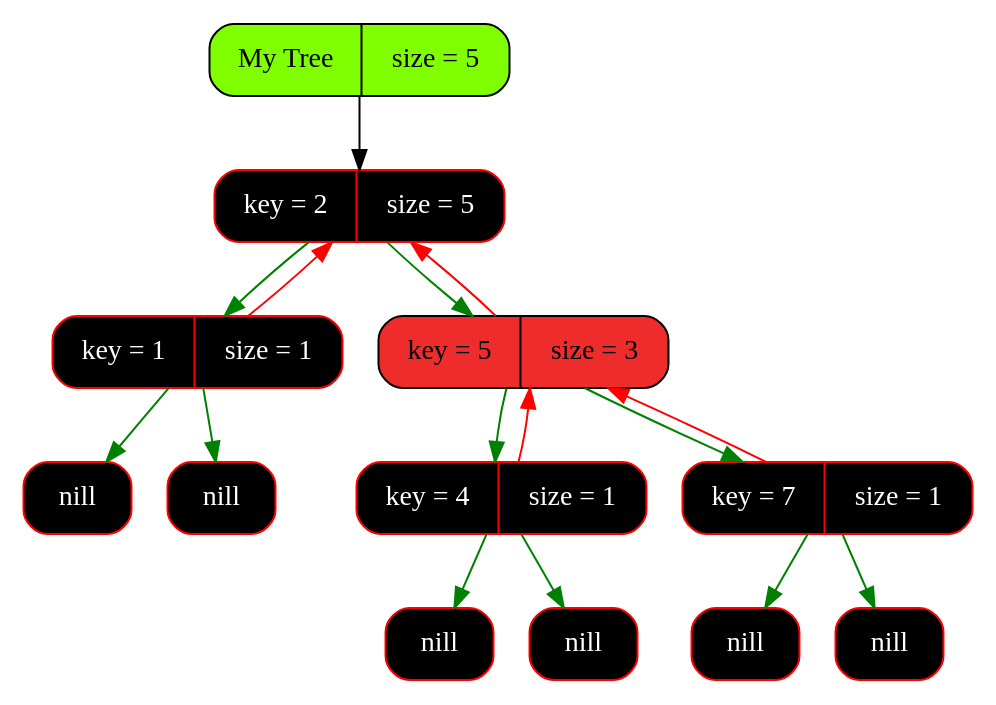
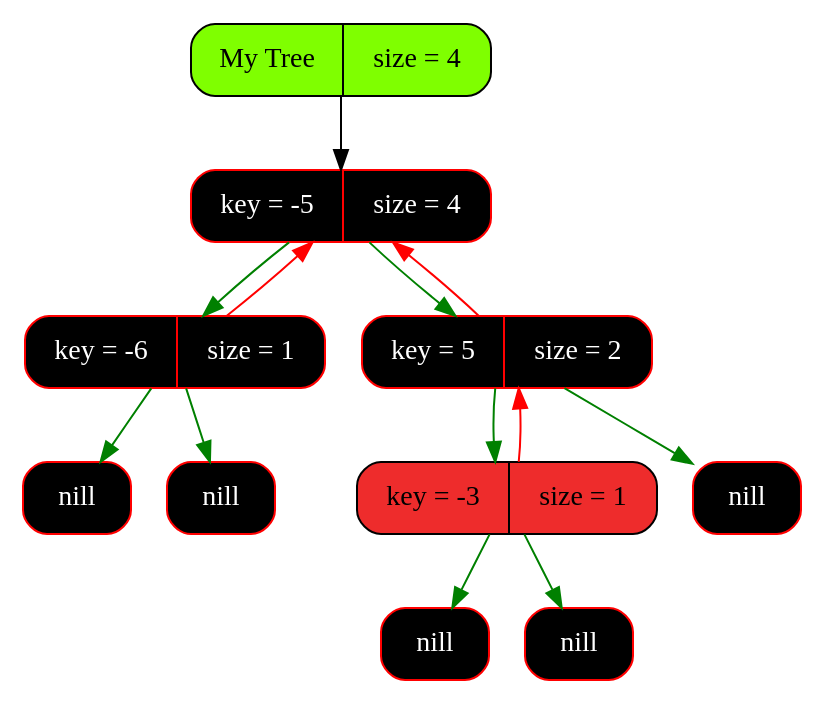
One commit to Pelmeshka127/RedBlackTree changed the diagram in graphics/graph.dot. Above: the diagram before and after it, drawn with Graphviz. The commit also changed 27 other files, not shown here.

```diff
--- a/graphics/graph.dot
+++ b/graphics/graph.dot
@@ -1,33 +1,28 @@
 digraph Tree
 {
    rankdir = HR;
    node[fontsize=14];
    edge[color="black",fontcolor="blue",fontsize=12];
-   tree[shape = Mrecord, style = filled, fillcolor = "chartreuse1", label = "My Tree | size = 5"];
-   "0x125e06750"[shape = Mrecord, color = "red", style = filled, fontcolor = "white", fillcolor = "black",   label = " key = 2 | size = 5"];
-  "0x125e06750" -> "0x125e06780" [color = "green"];
-  "0x125e06780" -> "0x125e06750" [color = "red"];
-  "0x125e06750" -> "0x125e06840" [color = "green"];
-  "0x125e06840" -> "0x125e06750" [color = "red"];
-   "0x125e06780"[shape = Mrecord, color = "red", style = filled, fontcolor = "white", fillcolor = "black",   label = " key = 1 | size = 1"];
-   "0x125e06780left"[shape = Mrecord, color = "red", style = filled, fontcolor = "white", fillcolor = "black",   label = " <value> nill"];
-  "0x125e06780" -> "0x125e06780left" [color = "green"];
-   "0x125e06780right"[shape = Mrecord, color = "red", style = filled, fontcolor = "white", fillcolor = "black",   label = " <value> nill"];
-  "0x125e06780" -> "0x125e06780right" [color = "green"];
-  "0x125e06840"[shape = Mrecord, color = "black", style = filled, fillcolor = "firebrick2",   label = " key = 5 | size = 3"];
-  "0x125e06840" -> "0x125e067e0" [color = "green"];
-  "0x125e067e0" -> "0x125e06840" [color = "red"];
-  "0x125e06840" -> "0x125e06810" [color = "green"];
-  "0x125e06810" -> "0x125e06840" [color = "red"];
-   "0x125e067e0"[shape = Mrecord, color = "red", style = filled, fontcolor = "white", fillcolor = "black",   label = " key = 4 | size = 1"];
-   "0x125e067e0left"[shape = Mrecord, color = "red", style = filled, fontcolor = "white", fillcolor = "black",   label = " <value> nill"];
-  "0x125e067e0" -> "0x125e067e0left" [color = "green"];
-   "0x125e067e0right"[shape = Mrecord, color = "red", style = filled, fontcolor = "white", fillcolor = "black",   label = " <value> nill"];
-  "0x125e067e0" -> "0x125e067e0right" [color = "green"];
-   "0x125e06810"[shape = Mrecord, color = "red", style = filled, fontcolor = "white", fillcolor = "black",   label = " key = 7 | size = 1"];
-   "0x125e06810left"[shape = Mrecord, color = "red", style = filled, fontcolor = "white", fillcolor = "black",   label = " <value> nill"];
-  "0x125e06810" -> "0x125e06810left" [color = "green"];
-   "0x125e06810right"[shape = Mrecord, color = "red", style = filled, fontcolor = "white", fillcolor = "black",   label = " <value> nill"];
-  "0x125e06810" -> "0x125e06810right" [color = "green"];
-   tree -> "0x125e06750" [color = "gray0"];
+   tree[shape = Mrecord, style = filled, fillcolor = "chartreuse1", label = "My Tree | size = 4"];
+   "0x150f04080"[shape = Mrecord, color = "red", style = filled, fontcolor = "white", fillcolor = "black",   label = " key = -5 | size = 4"];
+  "0x150f04080" -> "0x150f040b0" [color = "green"];
+  "0x150f040b0" -> "0x150f04080" [color = "red"];
+  "0x150f04080" -> "0x150f040e0" [color = "green"];
+  "0x150f040e0" -> "0x150f04080" [color = "red"];
+   "0x150f040b0"[shape = Mrecord, color = "red", style = filled, fontcolor = "white", fillcolor = "black",   label = " key = -6 | size = 1"];
+   "0x150f040b0left"[shape = Mrecord, color = "red", style = filled, fontcolor = "white", fillcolor = "black",   label = " <value> nill"];
+  "0x150f040b0" -> "0x150f040b0left" [color = "green"];
+   "0x150f040b0right"[shape = Mrecord, color = "red", style = filled, fontcolor = "white", fillcolor = "black",   label = " <value> nill"];
+  "0x150f040b0" -> "0x150f040b0right" [color = "green"];
+   "0x150f040e0"[shape = Mrecord, color = "red", style = filled, fontcolor = "white", fillcolor = "black",   label = " key = 5 | size = 2"];
+  "0x150f040e0" -> "0x150f04120" [color = "green"];
+  "0x150f04120" -> "0x150f040e0" [color = "red"];
+   "0x150f040e0right"[shape = Mrecord, color = "red", style = filled, fontcolor = "white", fillcolor = "black",   label = " <value> nill"];
+  "0x150f040e0" -> "0x150f040e0right" [color = "green"];
+  "0x150f04120"[shape = Mrecord, color = "black", style = filled, fillcolor = "firebrick2",   label = " key = -3 | size = 1"];
+   "0x150f04120left"[shape = Mrecord, color = "red", style = filled, fontcolor = "white", fillcolor = "black",   label = " <value> nill"];
+  "0x150f04120" -> "0x150f04120left" [color = "green"];
+   "0x150f04120right"[shape = Mrecord, color = "red", style = filled, fontcolor = "white", fillcolor = "black",   label = " <value> nill"];
+  "0x150f04120" -> "0x150f04120right" [color = "green"];
+   tree -> "0x150f04080" [color = "gray0"];
 }
```
